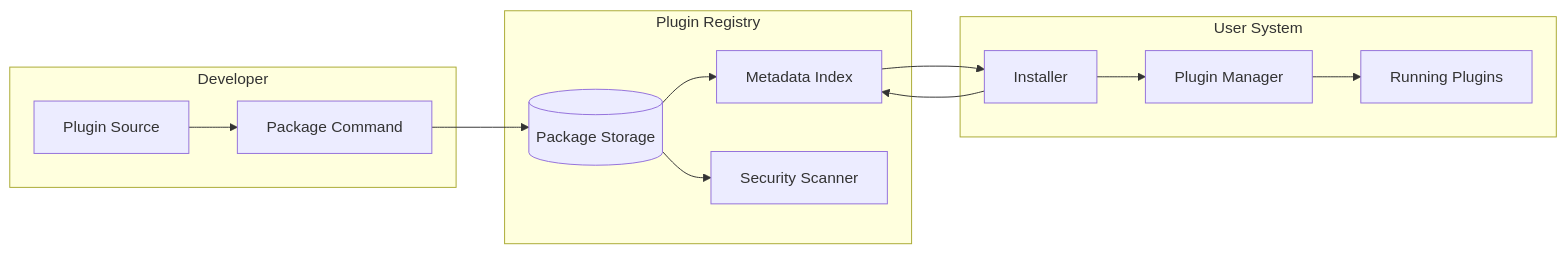
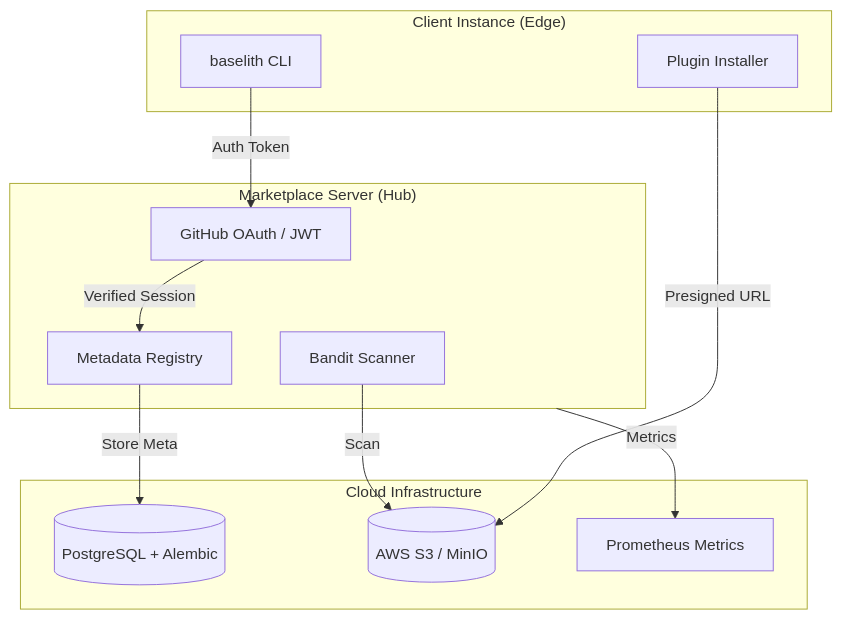
One commit to baselithcore/baselithcore changed the diagram in mkdocs-site/docs/plugins/marketplace.md. Above: the diagram before and after it, drawn with Mermaid. The commit also changed other lines of this file and 2 other files, not shown here.

Commit message:
Update plugin metadata definition to recommend `manifest.yaml` and detail AST parsing, and refresh Marketplace architecture and configuration.

````diff
--- a/mkdocs-site/docs/plugins/marketplace.md
+++ b/mkdocs-site/docs/plugins/marketplace.md
@@ -30,29 +28,26 @@
 ```mermaid
-flowchart LR
-    subgraph Developer["Developer"]
-        D1[Plugin Source]
-        D2[Package Command]
+flowchart TD
+    subgraph Client["Client Instance (Edge)"]
+        CLI[baselith CLI]
+        Inst[Plugin Installer]
     end
-    
-    subgraph Registry["Plugin Registry"]
-        R1[(Package Storage)]
-        R2[Metadata Index]
-        R3[Security Scanner]
+
+    subgraph Hub["Marketplace Server (Hub)"]
+        Auth[GitHub OAuth / JWT]
+        Registry[Metadata Registry]
+        Security[Bandit Scanner]
     end
-    
-    subgraph User["User System"]
-        U1[Installer]
-        U2[Plugin Manager]
-        U3[Running Plugins]
+
+    subgraph Storage["Cloud Infrastructure"]
+        DB[(PostgreSQL + Alembic)]
+        S3[(AWS S3 / MinIO)]
+        Prom[Prometheus Metrics]
     end
-    
-    D1 --> D2
-    D2 --> R1
-    R1 --> R2
-    R1 --> R3
-    
-    U1 --> R2
-    R2 --> U1
-    U1 --> U2
-    U2 --> U3
+
+    CLI -- Auth Token --> Auth
+    Auth -- Verified Session --> Registry
+    Registry -- Store Meta --> DB
+    Security -- Scan --> S3
+    Inst -- Presigned URL --> S3
+    Hub -- Metrics --> Prom
 ```
````
